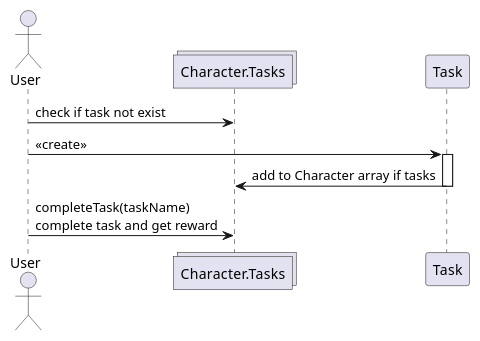
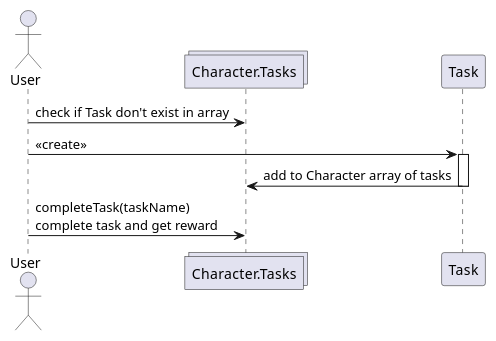
One commit to mementomorri/habit_tracker changed the second of 9 diagrams in diagrams/design.puml. Above: the diagram before and after it, drawn with PlantUML. The commit also changed other lines of this file and 4 other files, not shown here.

Commit message:
diagram changes

```diff
--- a/diagrams/design.puml
+++ b/diagrams/design.puml
@@ -33,11 +33,11 @@
 @startuml setTask
 Actor User
 collections Character.Tasks
 
-User -> Character.Tasks: check if task not exist
+User -> Character.Tasks: check if Task don't exist in array
 User -> Task: << create >>
 activate Task
-Task -> Character.Tasks: add to Character array if tasks
+Task -> Character.Tasks: add to Character array of tasks
 deactivate Task
 User ->Character.Tasks: completeTask(taskName)\ncomplete task and get reward
 @enduml
```
